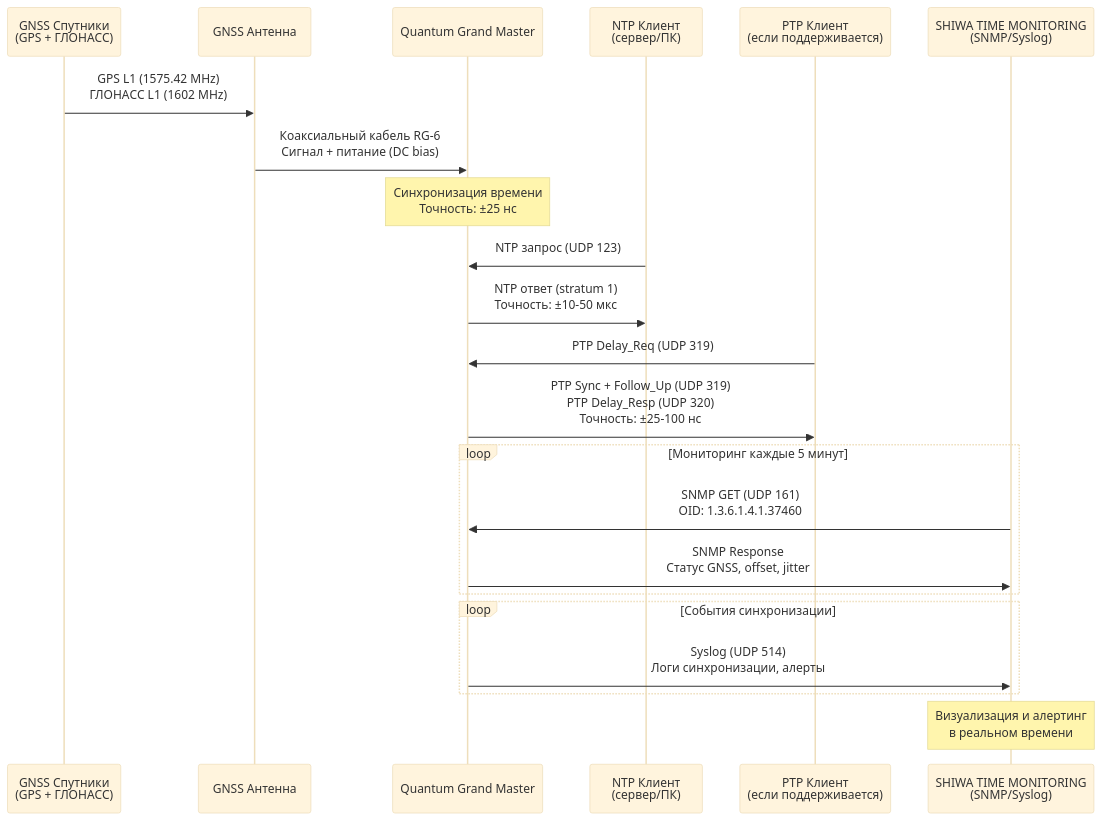
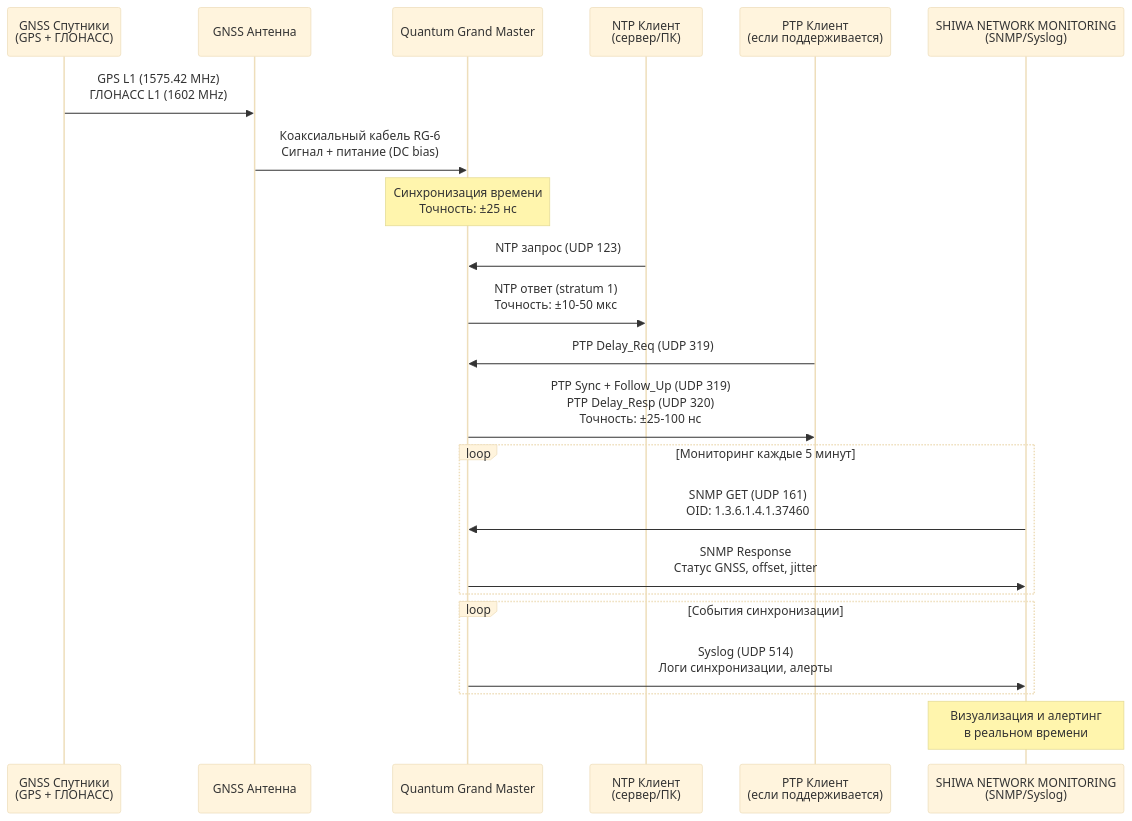
Before and after one commit to SiwaNetwork/BIZNES_HOTEL: the third of 6 diagrams in network_diagrams.md, drawn with Mermaid (base theme). The commit also changed other lines of this file and 4 other files, not shown here.

First line of the commit message:
Переименована система мониторинга в SHIWA NETWORK MONITORING

````diff
--- a/network_diagrams.md
+++ b/network_diagrams.md
@@ -271,31 +271,31 @@
 ```mermaid
 sequenceDiagram
     participant GNSS as GNSS Спутники<br/>(GPS + ГЛОНАСС)
     participant ANT as GNSS Антенна
     participant GM as Quantum Grand Master
     participant NTP_CLIENT as NTP Клиент<br/>(сервер/ПК)
     participant PTP_CLIENT as PTP Клиент<br/>(если поддерживается)
-    participant SNMP as SHIWA TIME MONITORING<br/>(SNMP/Syslog)
+    participant SNMP as SHIWA NETWORK MONITORING<br/>(SNMP/Syslog)
     
     GNSS->>ANT: GPS L1 (1575.42 MHz)<br/>ГЛОНАСС L1 (1602 MHz)
     ANT->>GM: Коаксиальный кабель RG-6<br/>Сигнал + питание (DC bias)
     
     Note over GM: Синхронизация времени<br/>Точность: ±25 нс
     
     NTP_CLIENT->>GM: NTP запрос (UDP 123)
     GM->>NTP_CLIENT: NTP ответ (stratum 1)<br/>Точность: ±10-50 мкс
     
     PTP_CLIENT->>GM: PTP Delay_Req (UDP 319)
     GM->>PTP_CLIENT: PTP Sync + Follow_Up (UDP 319)<br/>PTP Delay_Resp (UDP 320)<br/>Точность: ±25-100 нс
     
     loop Мониторинг каждые 5 минут
         SNMP->>GM: SNMP GET (UDP 161)<br/>OID: 1.3.6.1.4.1.37460
         GM->>SNMP: SNMP Response<br/>Статус GNSS, offset, jitter
     end
     
     loop События синхронизации
         GM->>SNMP: Syslog (UDP 514)<br/>Логи синхронизации, алерты
     end
     
     Note over SNMP: Визуализация и алертинг<br/>в реальном времени
 ```
````
